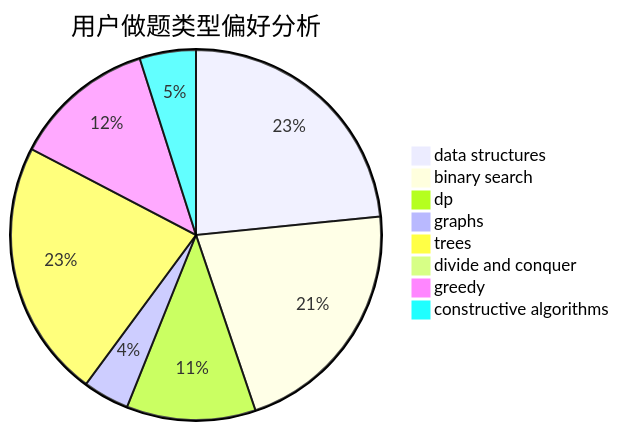
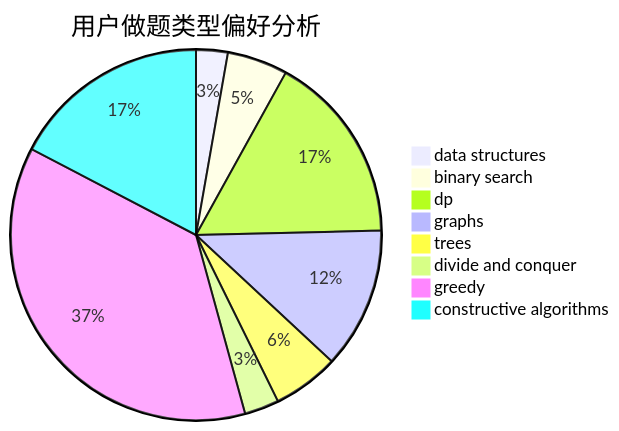
The second of 3 diagrams in docs/user/u466.md (sherpahu/cfrs.github.io), drawn with Mermaid before and after one commit. The commit also changed other lines of this file and 2770 other files, not shown here.

````diff
--- a/docs/user/u466.md
+++ b/docs/user/u466.md
@@ -23,11 +23,11 @@
 ```mermaid
 pie title 用户做题类型偏好分析
-    "data structures" :  81
-    "binary search" :  74
-    "dp" :  39
-    "graphs" :  14
-    "trees" :  78
-    "divide and conquer" :  0
-    "greedy" :  43
-    "constructive algorithms" :  17
+    "data structures" :  11
+    "binary search" :  21
+    "dp" :  66
+    "graphs" :  49
+    "trees" :  23
+    "divide and conquer" :  12
+    "greedy" :  147
+    "constructive algorithms" :  69
 ```
````
